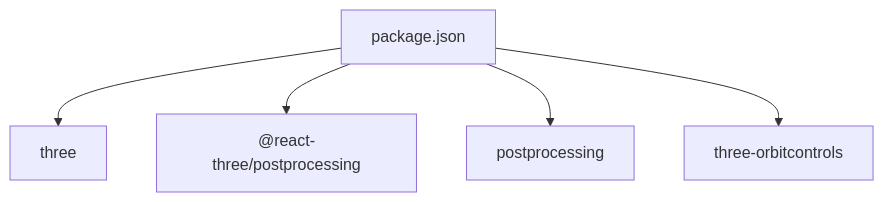
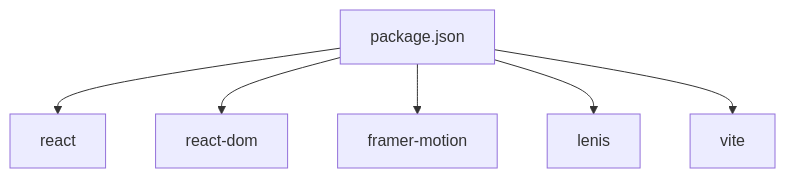
The fourth of 4 diagrams in .qoder/repowiki/zh/content/3D渲染系统/着色器与材质/着色器与材质.md (lithos666/lithos666.github.io), drawn with Mermaid before and after one commit. The commit also changed other lines of this file and 51 other files, not shown here.

````diff
--- a/.qoder/repowiki/zh/content/3D渲染系统/着色器与材质/着色器与材质.md
+++ b/.qoder/repowiki/zh/content/3D渲染系统/着色器与材质/着色器与材质.md
@@ -253,7 +144,8 @@
 ```mermaid
 graph TB
-Pkg["package.json"] --> Three["three"]
-Pkg --> PostProc["@react-three/postprocessing"]
-Pkg --> EffectComposer["postprocessing"]
-Pkg --> OrbitControls["three-orbitcontrols"]
+Pkg["package.json"] --> React["react"]
+Pkg --> ReactDOM["react-dom"]
+Pkg --> FramerMotion["framer-motion"]
+Pkg --> Lenis["lenis"]
+Pkg --> Vite["vite"]
 ```
````
